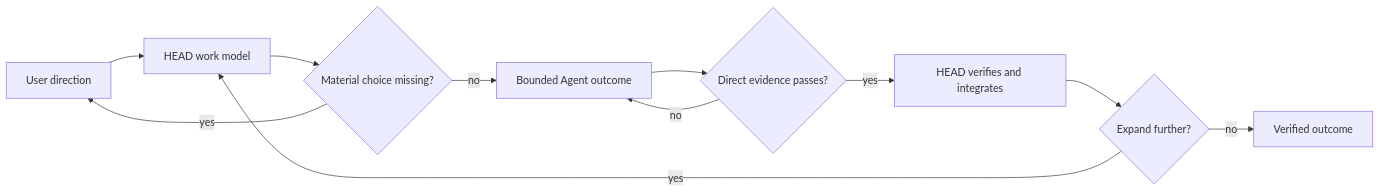
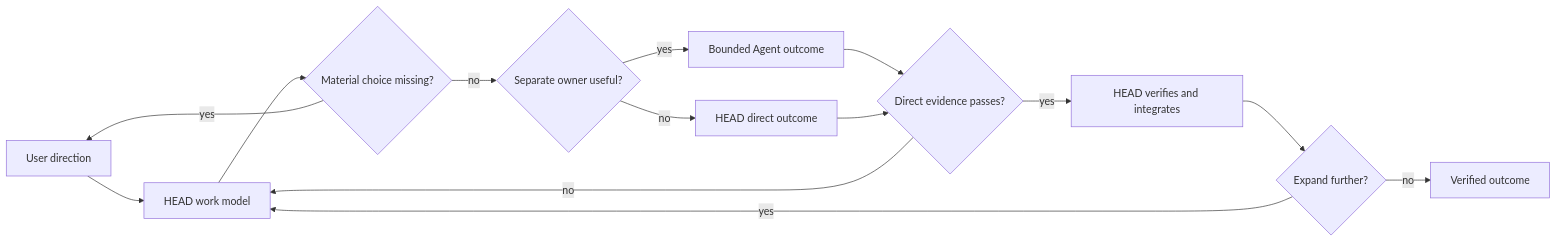
The first of 5 diagrams in teaching/diagrams.md (Won6314/head-agent-core), drawn with Mermaid before and after one commit. The commit also changed other lines of this file and 10 other files, not shown here.

````diff
--- a/teaching/diagrams.md
+++ b/teaching/diagrams.md
@@ -9,13 +9,16 @@
 ```mermaid
 flowchart LR
     U[User direction] --> H[HEAD work model]
     H --> D{Material choice missing?}
     D -->|yes| U
-    D -->|no| A[Bounded Agent outcome]
+    D -->|no| Q{Separate owner useful?}
+    Q -->|yes| A[Bounded Agent outcome]
+    Q -->|no| W[HEAD direct outcome]
     A --> E{Direct evidence passes?}
-    E -->|no| A
+    W --> E
+    E -->|no| H
     E -->|yes| I[HEAD verifies and integrates]
     I --> N{Expand further?}
     N -->|yes| H
     N -->|no| O[Verified outcome]
 ```
````
